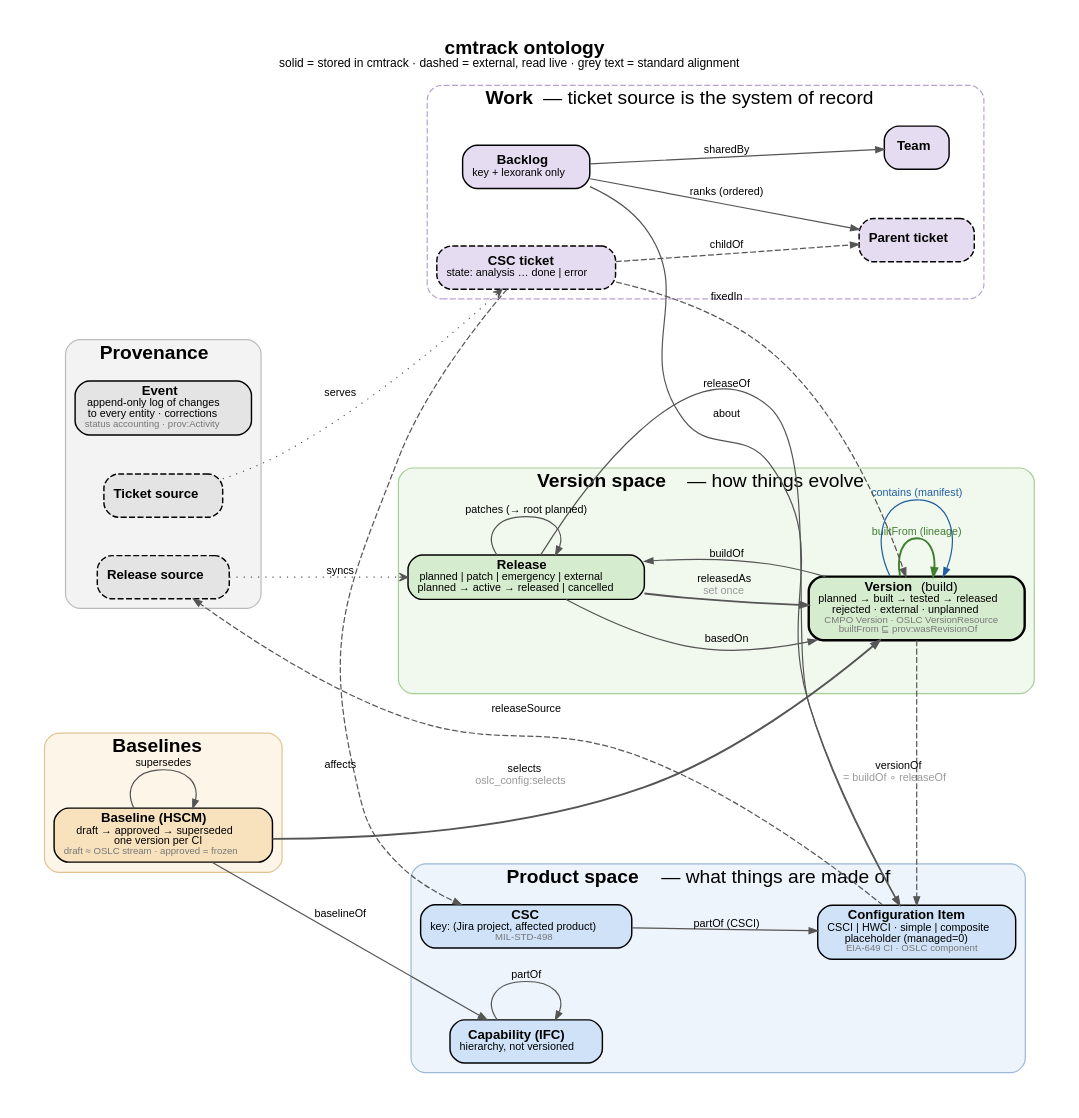
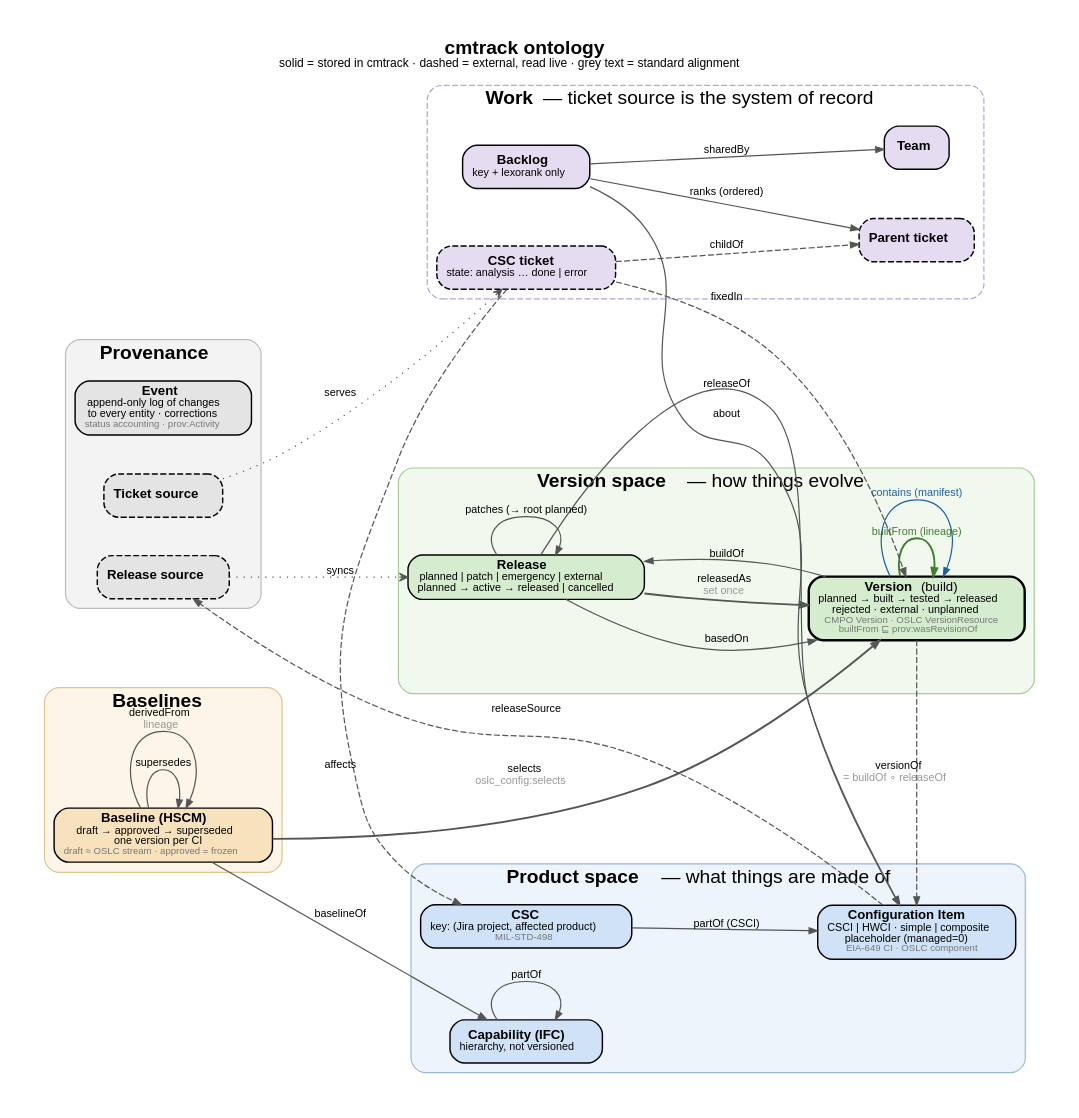
The diagram in docs/ontology.dot (fillet54/Cmstatus), drawn with Graphviz before and after one commit. The commit also changed 23 other files, not shown here.

First line of the commit message:
Manual IFC and baseline editing, baseline lineage, and lineage graphs

```diff
--- a/docs/ontology.dot
+++ b/docs/ontology.dot
@@ -1,73 +1,74 @@
 // cmtrack ontology diagram. Render: dot -Tsvg docs/ontology.dot -o docs/ontology.svg (and -Tpng -Gdpi=150)
 digraph cmtrack {
   graph [rankdir=LR, fontname="Helvetica", fontsize=12, nodesep=0.45, ranksep=0.9, pad=0.3,
          label=<<b>cmtrack ontology</b><br/><font point-size="10">solid = stored in cmtrack · dashed = external, read live · grey text = standard alignment</font>>,
          labelloc=t, fontsize=16];
   node  [shape=box, style="rounded,filled", fontname="Helvetica", fontsize=11, penwidth=1.2];
   edge  [fontname="Helvetica", fontsize=9, color="#555555", arrowsize=0.7];
 
   subgraph cluster_product {
     label=<<b>Product space</b> — what things are made of>; style="rounded,filled"; fillcolor="#eef4fb"; color="#9bb8d8";
     CI  [label=<<b>Configuration Item</b><br/><font point-size="9">CSCI | HWCI · simple | composite<br/>placeholder (managed=0)</font><br/><font point-size="8" color="#777777">EIA-649 CI · OSLC component</font>>, fillcolor="#cfe2f7"];
     CSC [label=<<b>CSC</b><br/><font point-size="9">key: (Jira project, affected product)</font><br/><font point-size="8" color="#777777">MIL-STD-498</font>>, fillcolor="#cfe2f7"];
     Cap [label=<<b>Capability (IFC)</b><br/><font point-size="9">hierarchy, not versioned</font>>, fillcolor="#cfe2f7"];
   }
 
   subgraph cluster_version {
     label=<<b>Version space</b> — how things evolve>; style="rounded,filled"; fillcolor="#f1f8ee"; color="#a6cc98";
     Rel [label=<<b>Release</b><br/><font point-size="9">planned | patch | emergency | external<br/>planned → active → released | cancelled</font>>, fillcolor="#d6ecce"];
     Ver [label=<<b>Version</b> (build)<br/><font point-size="9">planned → built → tested → released<br/>rejected · external · unplanned</font><br/><font point-size="8" color="#777777">CMPO Version · OSLC VersionResource<br/>builtFrom ⊑ prov:wasRevisionOf</font>>, fillcolor="#d6ecce", penwidth=2];
   }
 
   subgraph cluster_baseline {
     label=<<b>Baselines</b>>; style="rounded,filled"; fillcolor="#fdf5e8"; color="#e0c38f";
     Base [label=<<b>Baseline (HSCM)</b><br/><font point-size="9">draft → approved → superseded<br/>one version per CI</font><br/><font point-size="8" color="#777777">draft ≈ OSLC stream · approved = frozen</font>>, fillcolor="#f7e2bd"];
   }
 
   subgraph cluster_work {
     label=<<b>Work</b> — ticket source is the system of record>; style="rounded,dashed"; color="#b9a3d1"; fillcolor="#f7f3fb";
     PT  [label=<<b>Parent ticket</b>>, style="rounded,filled,dashed", fillcolor="#e6dcf2"];
     CT  [label=<<b>CSC ticket</b><br/><font point-size="9">state: analysis … done | error</font>>, style="rounded,filled,dashed", fillcolor="#e6dcf2"];
     Back [label=<<b>Backlog</b><br/><font point-size="9">key + lexorank only</font>>, fillcolor="#e6dcf2"];
     Team [label=<<b>Team</b>>, fillcolor="#e6dcf2"];
   }
 
   subgraph cluster_prov {
     label=<<b>Provenance</b>>; style="rounded,filled"; fillcolor="#f3f3f3"; color="#bbbbbb";
     Ev  [label=<<b>Event</b><br/><font point-size="9">append-only log of changes<br/>to every entity · corrections</font><br/><font point-size="8" color="#777777">status accounting · prov:Activity</font>>, fillcolor="#e4e4e4"];
     RS  [label=<<b>Release source</b>>, style="rounded,filled,dashed", fillcolor="#e4e4e4"];
     TS  [label=<<b>Ticket source</b>>, style="rounded,filled,dashed", fillcolor="#e4e4e4"];
   }
 
   // product space
   CSC -> CI  [label="partOf (CSCI)"];
   Cap -> Cap [label="partOf"];
 
   // version space
   Rel -> CI  [label="releaseOf"];
   Ver -> Rel [label="buildOf"];
   Ver -> CI  [label=<versionOf<br/><font color="#999999">= buildOf ∘ releaseOf</font>>, style=dashed, constraint=false];
   Ver -> Ver [label="builtFrom (lineage)", color="#3f7f2f", fontcolor="#3f7f2f", penwidth=1.6];
   Ver -> Ver [label="contains (manifest)", color="#1f5fa0", fontcolor="#1f5fa0"];
   Rel -> Rel [label="patches (→ root planned)"];
   Rel -> Ver [label="basedOn"];
   Rel -> Ver [label=<releasedAs<br/><font color="#999999">set once</font>>, penwidth=1.6];
 
   // baselines
   Base -> Cap  [label="baselineOf"];
   Base -> Ver  [label=<selects<br/><font color="#999999">oslc_config:selects</font>>, penwidth=1.6];
   Base -> Base [label="supersedes"];
+  Base -> Base [label=<derivedFrom<br/><font color="#999999">lineage</font>>];
 
   // work
   CT -> PT   [label="childOf", style=dashed];
   CT -> CSC  [label="affects", style=dashed];
   CT -> Ver  [label="fixedIn", style=dashed];
   Back -> PT [label="ranks (ordered)"];
   Back -> Team [label="sharedBy"];
   Back -> CI [label="about", constraint=false];
 
   // provenance
   CI -> RS [label="releaseSource", style=dashed];
   RS -> Rel [label="syncs", style=dotted, arrowhead=vee];
   TS -> CT  [label="serves", style=dotted, arrowhead=vee];
 }
```
